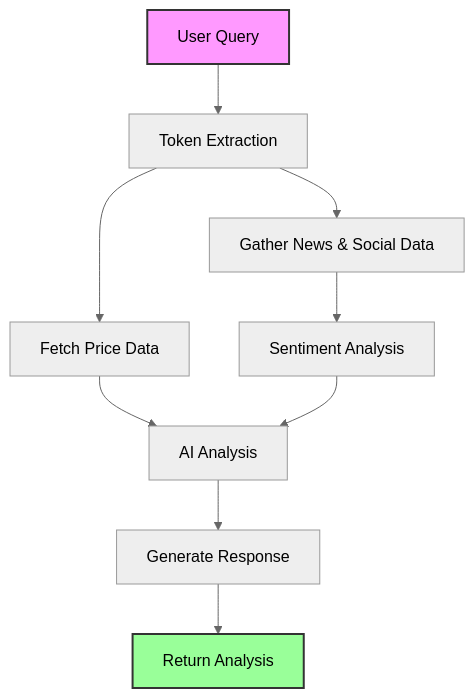
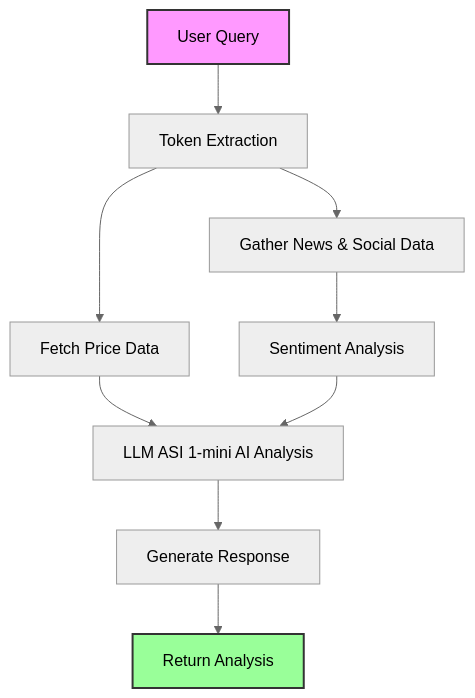
The diagram in README.md (6u5t4v05ouz4/token-sentiment-tracker), drawn with Mermaid (neutral theme) before and after one commit. The commit also changed other lines of this file and 1 other file, not shown here.

````diff
--- a/README.md
+++ b/README.md
@@ -142,14 +142,14 @@
 ```mermaid
 graph TD
     A[User Query] --> B[Token Extraction]
     B --> C[Fetch Price Data]
     B --> D[Gather News & Social Data]
     D --> E[Sentiment Analysis]
-    C --> F[AI Analysis]
+    C --> F[LLM ASI 1-mini AI Analysis]
     E --> F
     F --> G[Generate Response]
     G --> H[Return Analysis]
     
     style A fill:#f9f,stroke:#333,stroke-width:2px
     style H fill:#9f9,stroke:#333,stroke-width:2px
 ```
````
